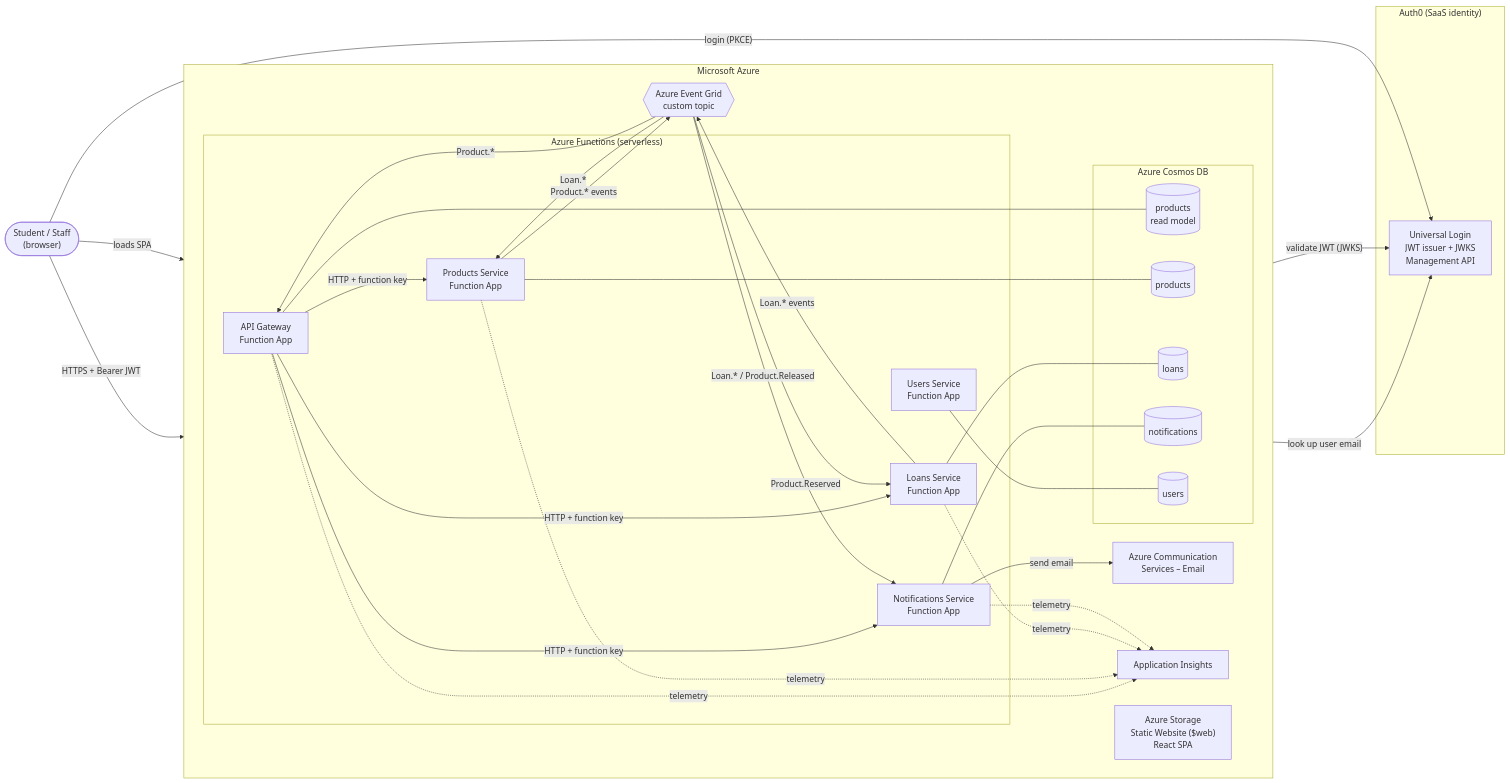
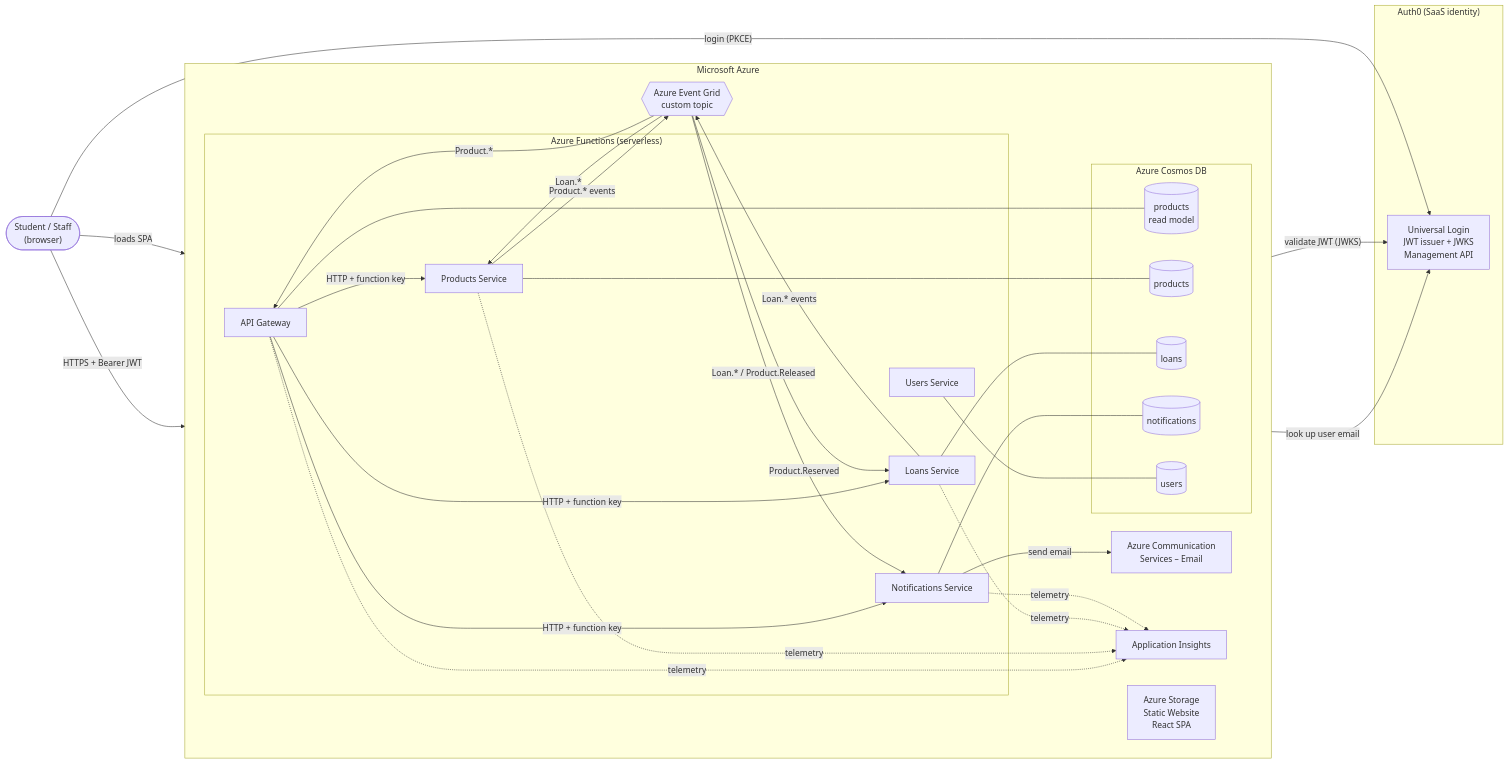
The first of 7 diagrams in README.md (willcornforth/deviceloan), drawn with Mermaid before and after one commit. The commit also changed other lines of this file, not shown here.

````diff
--- a/README.md
+++ b/README.md
@@ -61,64 +50,64 @@
 ```mermaid
 flowchart LR
     user(["Student / Staff<br/>(browser)"])
 
     subgraph Identity["Auth0 (SaaS identity)"]
         auth0["Universal Login<br/>JWT issuer + JWKS<br/>Management API"]
     end
 
     subgraph Azure["Microsoft Azure"]
         direction LR
-        spa["Azure Storage<br/>Static Website ($web)<br/>React SPA"]
+        spa["Azure Storage<br/>Static Website<br/>React SPA"]
 
         subgraph Compute["Azure Functions (serverless)"]
-            gw["API Gateway<br/>Function App"]
-            prod["Products Service<br/>Function App"]
-            loans["Loans Service<br/>Function App"]
-            notif["Notifications Service<br/>Function App"]
-            users["Users Service<br/>Function App"]
+            gw["API Gateway"]
+            prod["Products Service"]
+            loans["Loans Service"]
+            notif["Notifications Service"]
+            users["Users Service"]
         end
 
         eg{{"Azure Event Grid<br/>custom topic"}}
 
         subgraph Data["Azure Cosmos DB"]
             cgw[("products<br/>read model")]
             cprod[("products")]
             cloans[("loans")]
             cnotif[("notifications")]
             cusers[("users")]
         end
 
         acs["Azure Communication<br/>Services – Email"]
         ai["Application Insights"]
     end
 
     user -- "loads SPA" --> spa
     user -- "login (PKCE)" --> auth0
     user -- "HTTPS + Bearer JWT" --> gw
 
     gw -- "validate JWT (JWKS)" --> auth0
     gw -- "HTTP + function key" --> prod
     gw -- "HTTP + function key" --> loans
     gw -- "HTTP + function key" --> notif
     gw --- cgw
 
     prod --- cprod
     loans --- cloans
     notif --- cnotif
     users --- cusers
 
     prod -- "Product.* events" --> eg
     loans -- "Loan.* events" --> eg
     eg -- "Product.Reserved" --> loans
     eg -- "Loan.*" --> prod
     eg -- "Loan.* / Product.Released" --> notif
     eg -- "Product.*" --> gw
 
     notif -- "look up user email" --> auth0
     notif -- "send email" --> acs
 
     gw -. telemetry .-> ai
     prod -. telemetry .-> ai
     loans -. telemetry .-> ai
     notif -. telemetry .-> ai
 ```
````
